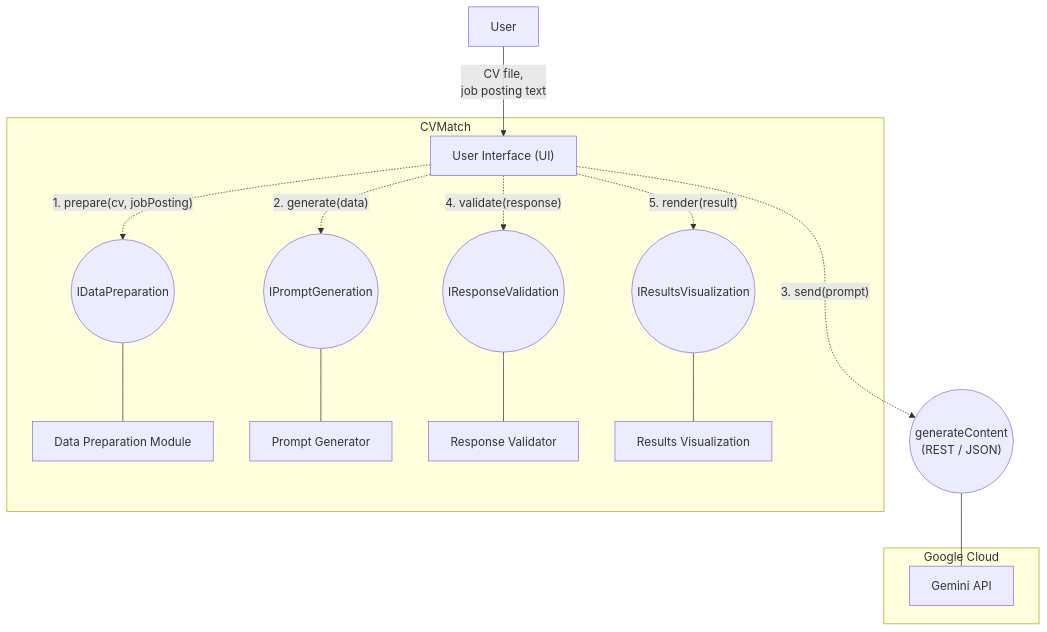
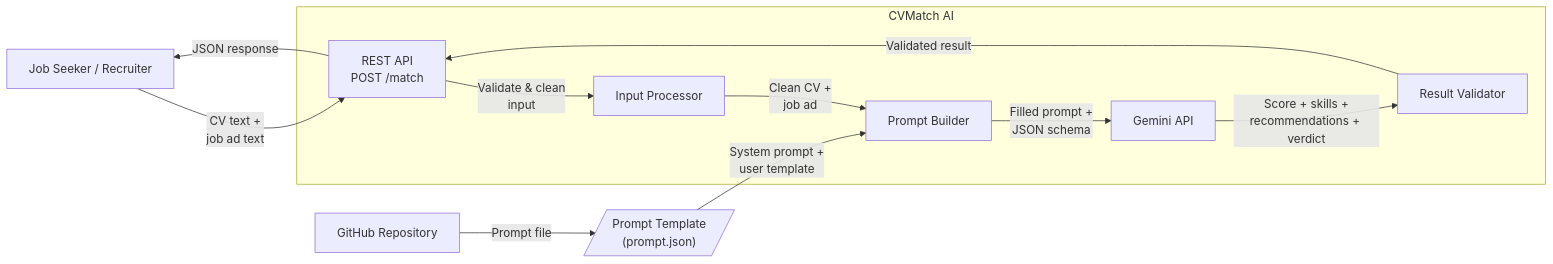
One commit to jauniusc/cvmatch changed the second of 4 diagrams in README.md. Above: the diagram before and after it, drawn with Mermaid. The commit also changed other lines of this file and 30 other files, not shown here.

````diff
--- a/README.md
+++ b/README.md
@@ -5,38 +96,34 @@
 ```mermaid
-flowchart TB
-    User["User"]
+flowchart LR
 
-    subgraph CVMatch
-        UI["User Interface (UI)"]
+    User["Job Seeker / Recruiter"]
 
-        IPrep(("IDataPreparation"))
-        IPrompt(("IPromptGeneration"))
-        IVal(("IResponseValidation"))
-        IViz(("IResultsVisualization"))
-
-        Prep["Data Preparation Module"]
-        PromptGen["Prompt Generator"]
-        Validator["Response Validator"]
-        Viz["Results Visualization"]
+    subgraph CVMatch["CVMatch AI"]
+        API["REST API<br/>POST /match"]
+        Input["Input Processor"]
+        Prompt["Prompt Builder"]
+        Gemini["Gemini API"]
+        Validator["Result Validator"]
     end
 
-    IGemini(("generateContent<br/>(REST / JSON)"))
+    Template[/"Prompt Template<br/>(prompt.json)"/]
+    GitHub["GitHub Repository"]
 
-    subgraph GoogleCloud["Google Cloud"]
-        Gemini["Gemini API"]
-    end
+    User -->|"CV text +<br/>job ad text"| API
 
-    User -->|"CV file,<br/>job posting text"| UI
+    API -->|"Validate & clean<br/>input"| Input
 
-    UI -.->|"1. prepare(cv, jobPosting)"| IPrep
-    UI -.->|"2. generate(data)"| IPrompt
-    UI -..->|"3. send(prompt)"| IGemini
-    UI -.->|"4. validate(response)"| IVal
-    UI -.->|"5. render(result)"| IViz
+    Input -->|"Clean CV +<br/>job ad"| Prompt
 
-    IPrep --- Prep
-    IPrompt --- PromptGen
-    IGemini --- Gemini
-    IVal --- Validator
-    IViz --- Viz
+    Template -->|"System prompt +<br/>user template"| Prompt
+
+    Prompt -->|"Filled prompt +<br/>JSON schema"| Gemini
+
+    Gemini -->|"Score + skills +<br/>recommendations + verdict"| Validator
+
+    Validator -->|"Validated result"| API
+
+    API -->|"JSON response"| User
+
+    GitHub -->|"Prompt file"| Template
 ```
````
